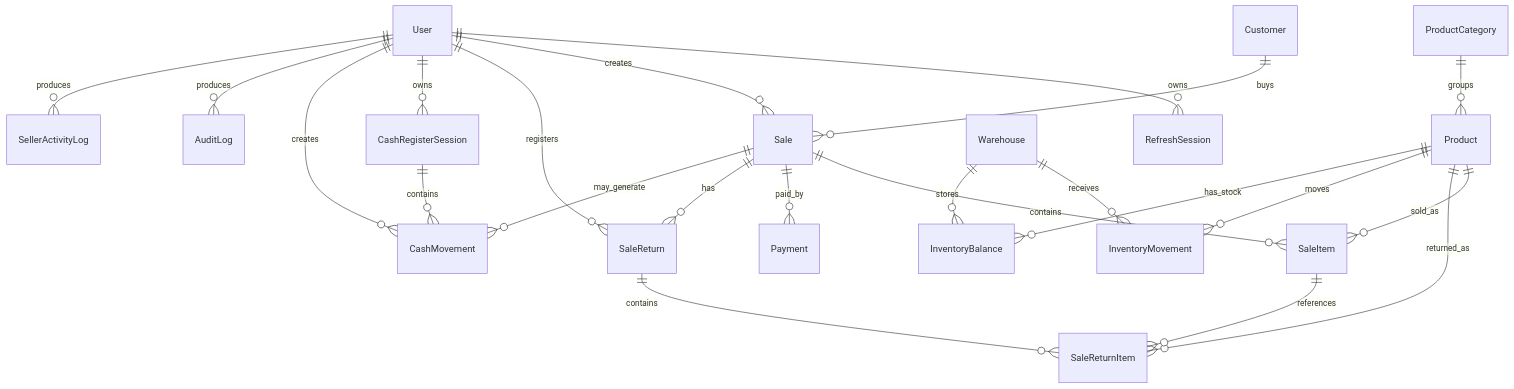
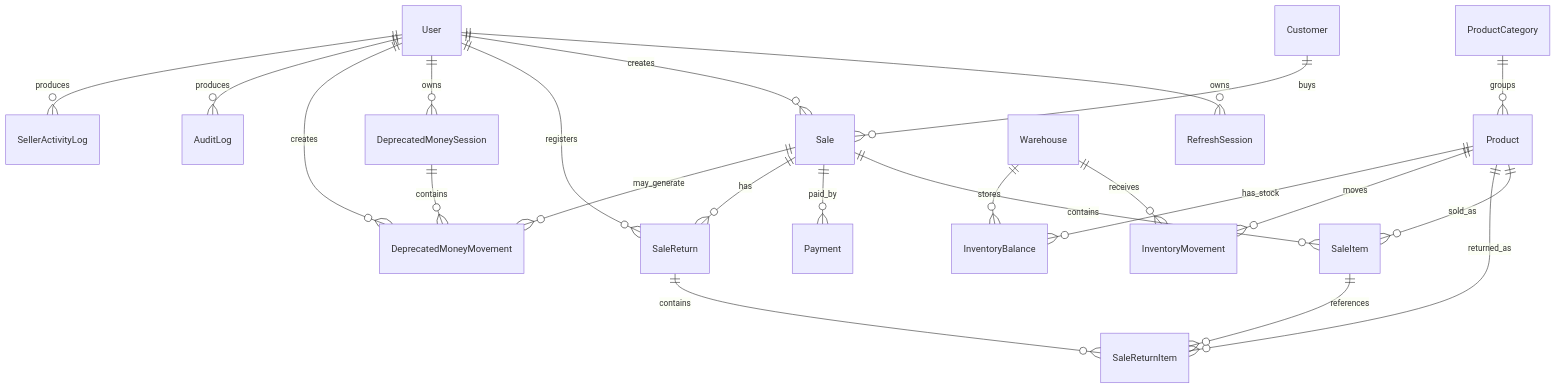
The sixth of 6 diagrams in docs/architecture/flow-diagrams.md (Angel-Reyna/Punto-Venta), drawn with Mermaid before and after one commit. The commit also changed other lines of this file and 28 other files, not shown here.

````diff
--- a/docs/architecture/flow-diagrams.md
+++ b/docs/architecture/flow-diagrams.md
@@ -142,30 +142,30 @@
 ```mermaid
 erDiagram
   User ||--o{ RefreshSession : owns
   User ||--o{ Sale : creates
   User ||--o{ SaleReturn : registers
-  User ||--o{ CashRegisterSession : owns
-  User ||--o{ CashMovement : creates
+  User ||--o{ DeprecatedMoneySession : owns
+  User ||--o{ DeprecatedMoneyMovement : creates
   User ||--o{ AuditLog : produces
   User ||--o{ SellerActivityLog : produces
 
   ProductCategory ||--o{ Product : groups
   Product ||--o{ SaleItem : sold_as
   Product ||--o{ SaleReturnItem : returned_as
   Product ||--o{ InventoryMovement : moves
   Product ||--o{ InventoryBalance : has_stock
 
   Warehouse ||--o{ InventoryMovement : receives
   Warehouse ||--o{ InventoryBalance : stores
 
   Customer ||--o{ Sale : buys
   Sale ||--o{ SaleItem : contains
   Sale ||--o{ Payment : paid_by
   Sale ||--o{ SaleReturn : has
-  Sale ||--o{ CashMovement : may_generate
+  Sale ||--o{ DeprecatedMoneyMovement : may_generate
 
   SaleReturn ||--o{ SaleReturnItem : contains
   SaleItem ||--o{ SaleReturnItem : references
 
-  CashRegisterSession ||--o{ CashMovement : contains
+  DeprecatedMoneySession ||--o{ DeprecatedMoneyMovement : contains
 ```
````
